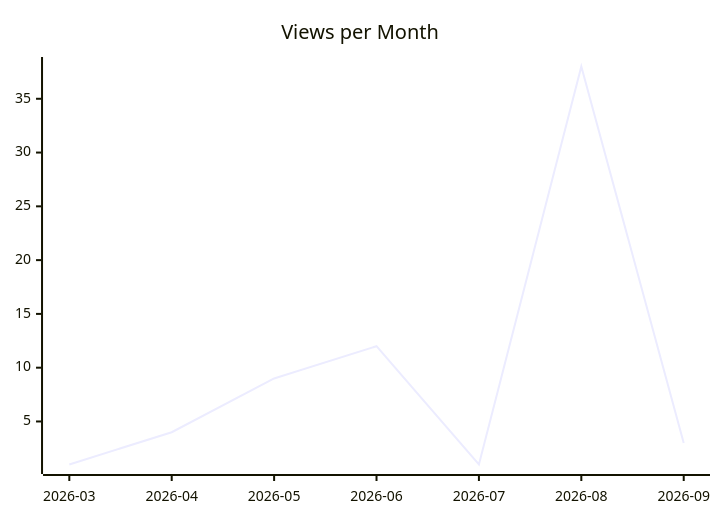
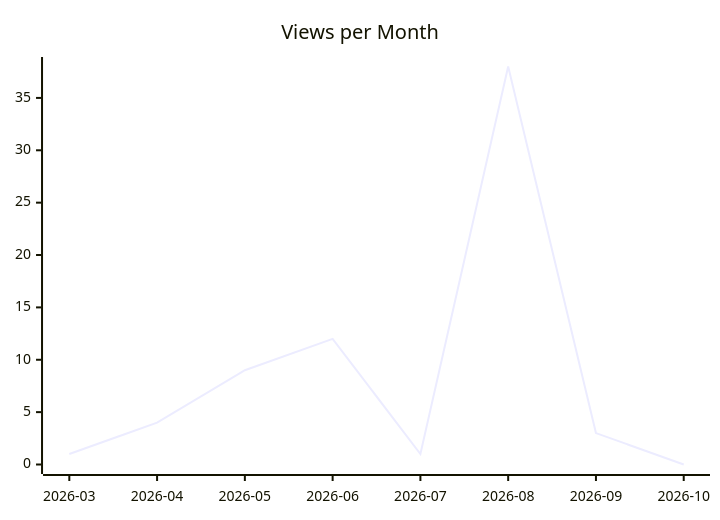
The second of 3 diagrams in justdavis-family/justdavis/README.md (justdavis-family/github-analytics-data), drawn with Mermaid before and after one commit. The commit also changed other lines of this file and 202 other files, not shown here.

````diff
--- a/justdavis-family/justdavis/README.md
+++ b/justdavis-family/justdavis/README.md
@@ -12,6 +12,6 @@
 ```mermaid
 xychart-beta
   title "Views per Month"
-  x-axis ["2026-03", "2026-04", "2026-05", "2026-06", "2026-07", "2026-08", "2026-09"]
-  line [1, 4, 9, 12, 1, 38, 3]
+  x-axis ["2026-03", "2026-04", "2026-05", "2026-06", "2026-07", "2026-08", "2026-09", "2026-10"]
+  line [1, 4, 9, 12, 1, 38, 3, 0]
 ```
````
